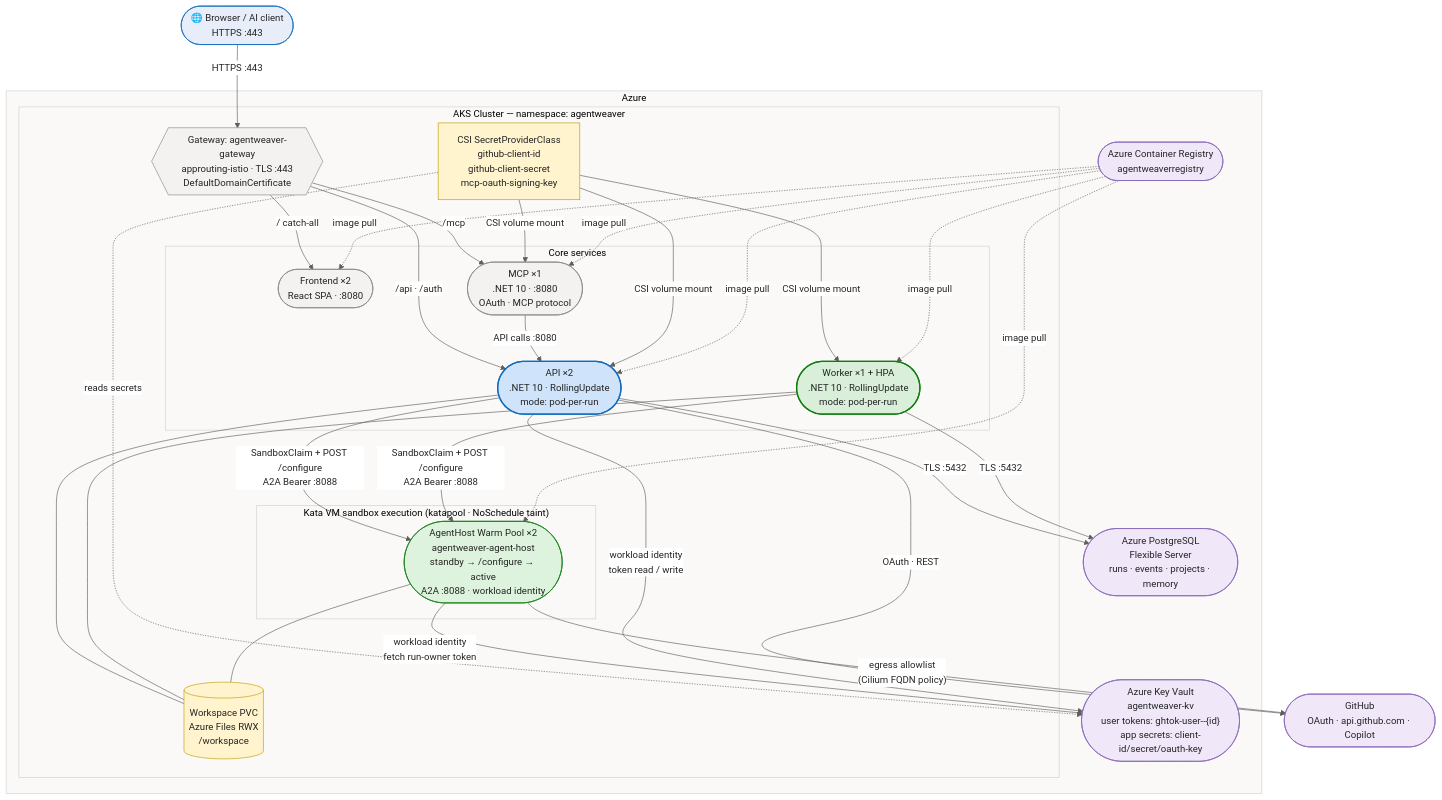
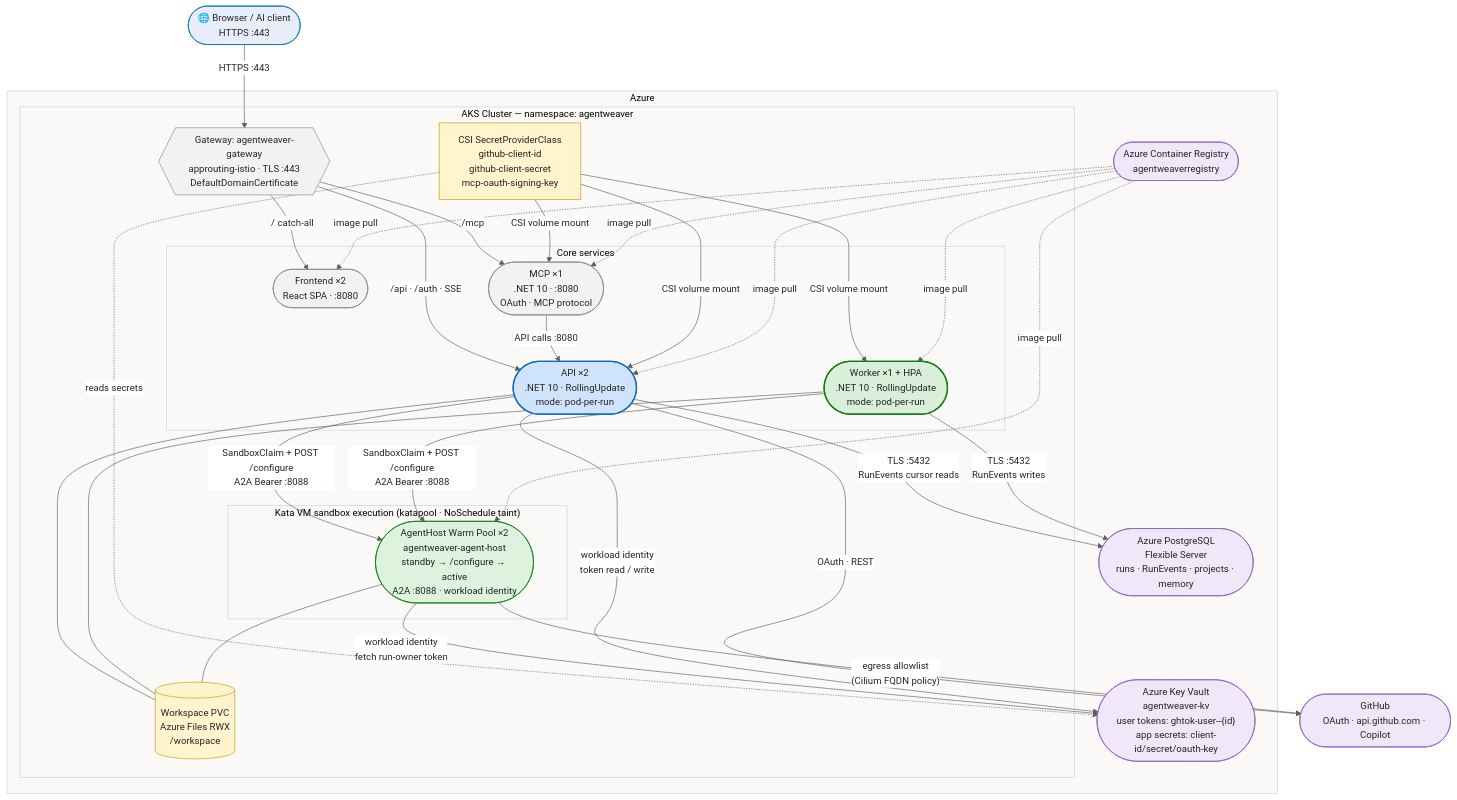
The first of 6 diagrams in docs/architecture-aks.md (sabbour/agentweaver), drawn with Mermaid before and after one commit. The commit also changed other lines of this file and 19 other files, not shown here.

````diff
--- a/docs/architecture-aks.md
+++ b/docs/architecture-aks.md
@@ -15,72 +15,72 @@
 ```mermaid
 %%{init: {'theme':'base','themeVariables':{'fontFamily':'Segoe UI, system-ui, -apple-system, sans-serif','fontSize':'15px','primaryColor':'#E8EEF9','primaryBorderColor':'#0F6CBD','primaryTextColor':'#242424','lineColor':'#605E5C','clusterBkg':'#FAF9F8','clusterBorder':'#D2D0CE','edgeLabelBackground':'#FFFFFF'}}}%%
 flowchart TB
     client(["🌐 Browser / AI client<br/>HTTPS :443"])
 
     subgraph azure["Azure"]
         subgraph aks["AKS Cluster — namespace: agentweaver"]
             gw{{"Gateway: agentweaver-gateway<br/>approuting-istio · TLS :443<br/>DefaultDomainCertificate"}}
 
             subgraph core["Core services"]
                 fe(["Frontend ×2<br/>React SPA · :8080"])
                 api(["API ×2<br/>.NET 10 · RollingUpdate<br/>mode: pod-per-run"])
                 worker(["Worker ×1 + HPA<br/>.NET 10 · RollingUpdate<br/>mode: pod-per-run"])
                 mcp(["MCP ×1<br/>.NET 10 · :8080<br/>OAuth · MCP protocol"])
             end
 
             subgraph exec["Kata VM sandbox execution (katapool · NoSchedule taint)"]
                 ahpool(["AgentHost Warm Pool ×2<br/>agentweaver-agent-host<br/>standby → /configure → active<br/>A2A :8088 · workload identity"])
             end
 
             ws[("Workspace PVC<br/>Azure Files RWX<br/>/workspace")]
             spc["CSI SecretProviderClass<br/>github-client-id<br/>github-client-secret<br/>mcp-oauth-signing-key"]
         end
 
         kv(["Azure Key Vault<br/>agentweaver-kv<br/>user tokens: ghtok-user--{id}<br/>app secrets: client-id/secret/oauth-key"])
-        pg(["Azure PostgreSQL<br/>Flexible Server<br/>runs · events · projects · memory"])
+        pg(["Azure PostgreSQL<br/>Flexible Server<br/>runs · RunEvents · projects · memory"])
         acr(["Azure Container Registry<br/>agentweaverregistry"])
     end
 
     gh(["GitHub<br/>OAuth · api.github.com · Copilot"])
 
     client -->|"HTTPS :443"| gw
     gw -->|"/ catch-all"| fe
-    gw -->|"/api · /auth"| api
+    gw -->|"/api · /auth · SSE"| api
     gw -->|"/mcp"| mcp
     mcp -->|"API calls :8080"| api
     api & worker -->|"SandboxClaim + POST /configure<br/>A2A Bearer :8088"| ahpool
     api --- ws
     worker --- ws
     ahpool --- ws
-    api -->|"TLS :5432"| pg
-    worker -->|"TLS :5432"| pg
+    api -->|"TLS :5432<br/>RunEvents cursor reads"| pg
+    worker -->|"TLS :5432<br/>RunEvents writes"| pg
     spc -->|"CSI volume mount"| api
     spc -->|"CSI volume mount"| mcp
     spc -->|"CSI volume mount"| worker
     spc -.->|"reads secrets"| kv
     ahpool -->|"workload identity<br/>fetch run-owner token"| kv
     api -->|"workload identity<br/>token read / write"| kv
     api -->|"OAuth · REST"| gh
     ahpool -->|"egress allowlist<br/>(Cilium FQDN policy)"| gh
     acr -.->|"image pull"| api
     acr -.->|"image pull"| worker
     acr -.->|"image pull"| mcp
     acr -.->|"image pull"| fe
     acr -.->|"image pull"| ahpool
 
     classDef client fill:#E8EEF9,stroke:#0F6CBD,stroke-width:1px,color:#242424
     classDef svc fill:#F3F2F1,stroke:#8A8886,stroke-width:1px,color:#242424
     classDef core fill:#CFE4FA,stroke:#0F6CBD,stroke-width:2px,color:#242424
     classDef workerStyle fill:#D9EFD9,stroke:#107C10,stroke-width:2px,color:#242424
     classDef runtime fill:#DDF3DD,stroke:#107C10,stroke-width:1px,color:#242424
     classDef data fill:#FFF4CE,stroke:#C19C00,stroke-width:1px,color:#242424
     classDef ext fill:#F0E8F8,stroke:#8764B8,stroke-width:1px,color:#242424
 
     class client client
     class gw,fe,mcp svc
     class api core
     class worker workerStyle
     class ahpool runtime
     class ws,spc data
     class kv,pg,acr,gh ext
 ```
````
